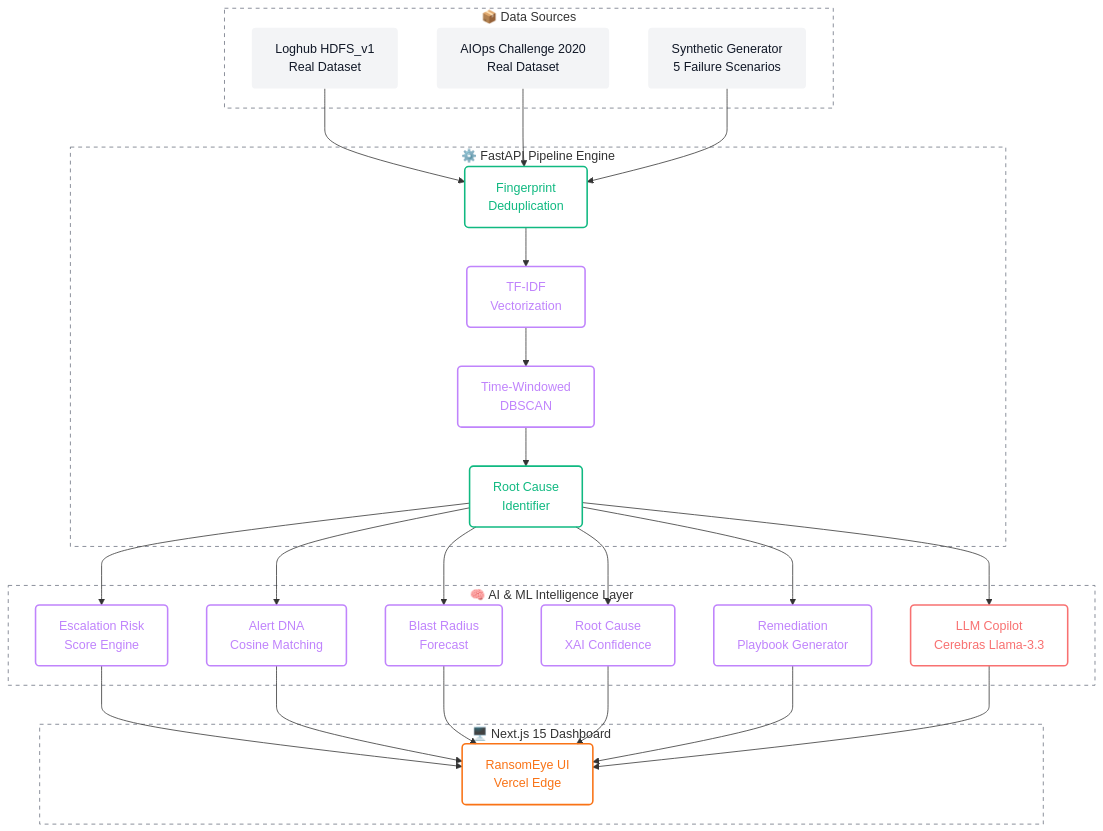
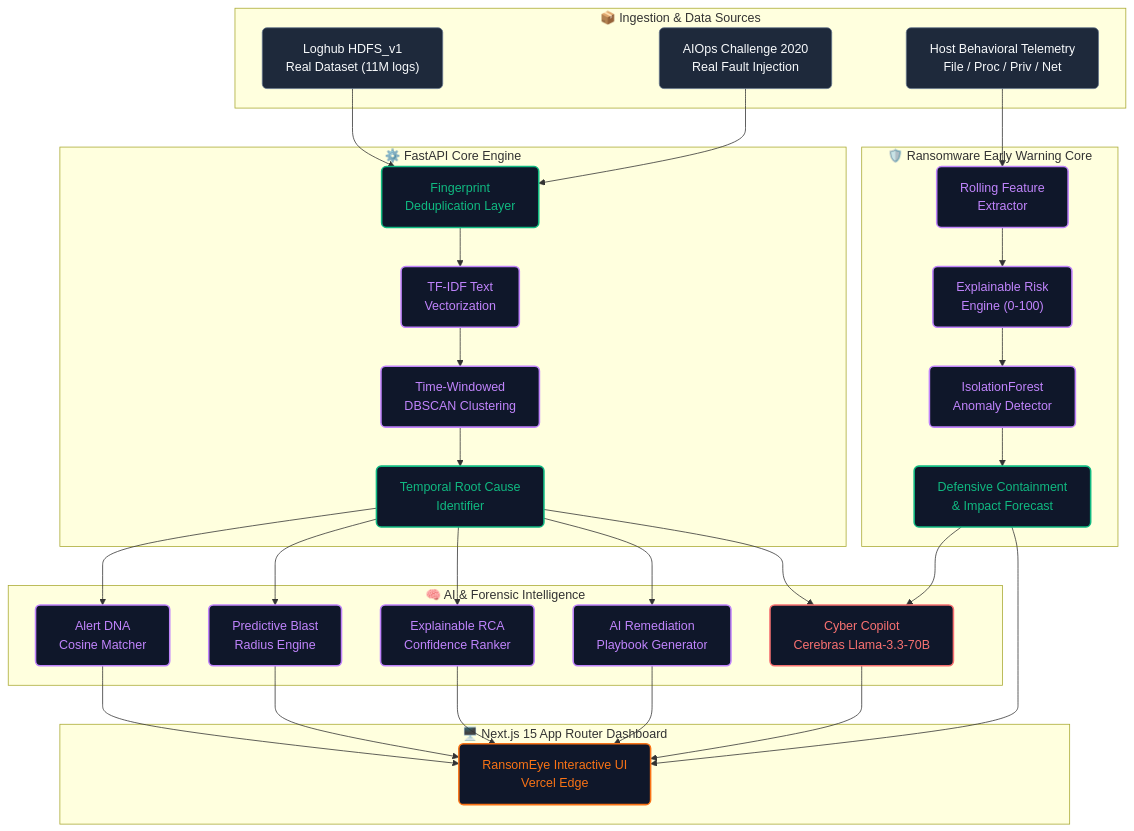
One commit to Aditya-Khetawat/RANSOMEYE-CYBERSECURITY changed the diagram in README.md. Above: the diagram before and after it, drawn with Mermaid. The commit also changed other lines of this file and 79 other files, not shown here.

Commit message:
docs & ui: enhance README with comprehensive architecture & set Ransomware Early Warning as homepage

````diff
--- a/README.md
+++ b/README.md
@@ -170,61 +195,67 @@
 ```mermaid
 graph TD
-    classDef frontend fill:none,stroke:#f97316,stroke-width:2px,color:#f97316,rx:5,ry:5
-    classDef backend fill:none,stroke:#10b981,stroke-width:2px,color:#10b981,rx:5,ry:5
-    classDef ml fill:none,stroke:#c084fc,stroke-width:2px,color:#c084fc,rx:5,ry:5
-    classDef ai fill:none,stroke:#f87171,stroke-width:2px,color:#f87171,rx:5,ry:5
-    classDef external fill:#f3f4f6,stroke:none,color:#111827,rx:5,ry:5
+    classDef frontend fill:#0f172a,stroke:#f97316,stroke-width:2px,color:#f97316,rx:6,ry:6;
+    classDef backend fill:#0f172a,stroke:#10b981,stroke-width:2px,color:#10b981,rx:6,ry:6;
+    classDef ml fill:#0f172a,stroke:#c084fc,stroke-width:2px,color:#c084fc,rx:6,ry:6;
+    classDef ai fill:#0f172a,stroke:#f87171,stroke-width:2px,color:#f87171,rx:6,ry:6;
+    classDef external fill:#1e293b,stroke:#64748b,stroke-width:1px,color:#f8fafc,rx:6,ry:6;
 
-    subgraph Data ["📦 Data Sources"]
-        Loghub["Loghub HDFS_v1<br>Real Dataset"]:::external
-        AIOps["AIOps Challenge 2020<br>Real Dataset"]:::external
-        Gen["Synthetic Generator<br>5 Failure Scenarios"]:::external
+    subgraph DataSources ["📦 Ingestion & Data Sources"]
+        Loghub["Loghub HDFS_v1<br>Real Dataset (11M logs)"]:::external
+        AIOps["AIOps Challenge 2020<br>Real Fault Injection"]:::external
+        TelemetryGen["Host Behavioral Telemetry<br>File / Proc / Priv / Net"]:::external
     end
 
-    subgraph Backend ["⚙️ FastAPI Pipeline Engine"]
-        Dedup["Fingerprint<br>Deduplication"]:::backend
-        Embed["TF-IDF<br>Vectorization"]:::ml
-        Cluster["Time-Windowed<br>DBSCAN"]:::ml
-        RootCause["Root Cause<br>Identifier"]:::backend
+    subgraph CoreBackend ["⚙️ FastAPI Core Engine"]
+        DedupEngine["Fingerprint<br>Deduplication Layer"]:::backend
+        VectorEngine["TF-IDF Text<br>Vectorization"]:::ml
+        DbscanEngine["Time-Windowed<br>DBSCAN Clustering"]:::ml
+        RcaEngine["Temporal Root Cause<br>Identifier"]:::backend
 
-        Dedup --> Embed
-        Embed --> Cluster
-        Cluster --> RootCause
+        DedupEngine --> VectorEngine
+        VectorEngine --> DbscanEngine
+        DbscanEngine --> RcaEngine
     end
 
-    subgraph Intelligence ["🧠 AI & ML Intelligence Layer"]
-        RiskScore["Escalation Risk<br>Score Engine"]:::ml
-        DNA["Alert DNA<br>Cosine Matching"]:::ml
-        Forecast["Blast Radius<br>Forecast"]:::ml
-        RCAConfidence["Root Cause<br>XAI Confidence"]:::ml
-        Playbook["Remediation<br>Playbook Generator"]:::ml
-        Summarizer["LLM Copilot<br>Cerebras Llama-3.3"]:::ai
+    subgraph RansomwareCore ["🛡️ Ransomware Early Warning Core"]
+        FeatureExtractor["Rolling Feature<br>Extractor"]:::ml
+        RiskEngine["Explainable Risk<br>Engine (0-100)"]:::ml
+        AnomalyDetector["IsolationForest<br>Anomaly Detector"]:::ml
+        ContainmentEngine["Defensive Containment<br>& Impact Forecast"]:::backend
+
+        FeatureExtractor --> RiskEngine
+        RiskEngine --> AnomalyDetector
+        AnomalyDetector --> ContainmentEngine
     end
 
-    subgraph Frontend ["🖥️ Next.js 15 Dashboard"]
-        Dashboard["RansomEye UI<br>Vercel Edge"]:::frontend
+    subgraph IntelligenceLayer ["🧠 AI & Forensic Intelligence"]
+        AlertDNA["Alert DNA<br>Cosine Matcher"]:::ml
+        BlastForecast["Predictive Blast<br>Radius Engine"]:::ml
+        XaiRca["Explainable RCA<br>Confidence Ranker"]:::ml
+        PlaybookGen["AI Remediation<br>Playbook Generator"]:::ml
+        Llamacopilot["Cyber Copilot<br>Cerebras Llama-3.3-70B"]:::ai
     end
 
-    Loghub --> Dedup
-    AIOps --> Dedup
-    Gen --> Dedup
+    subgraph FrontendApp ["🖥️ Next.js 15 App Router Dashboard"]
+        UI["RansomEye Interactive UI<br>Vercel Edge"]:::frontend
+    end
 
-    RootCause --> RiskScore
-    RootCause --> DNA
-    RootCause --> Forecast
-    RootCause --> RCAConfidence
-    RootCause --> Playbook
-    RootCause --> Summarizer
+    Loghub --> DedupEngine
+    AIOps --> DedupEngine
+    TelemetryGen --> FeatureExtractor
 
-    RiskScore --> Dashboard
-    DNA --> Dashboard
-    Forecast --> Dashboard
-    RCAConfidence --> Dashboard
-    Playbook --> Dashboard
-    Summarizer --> Dashboard
+    RcaEngine --> AlertDNA
+    RcaEngine --> BlastForecast
+    RcaEngine --> XaiRca
+    RcaEngine --> PlaybookGen
+    RcaEngine --> Llamacopilot
 
-    style Data fill:none,stroke:#6b7280,stroke-width:1px,stroke-dasharray: 5 5
-    style Backend fill:none,stroke:#6b7280,stroke-width:1px,stroke-dasharray: 5 5
-    style Intelligence fill:none,stroke:#6b7280,stroke-width:1px,stroke-dasharray: 5 5
-    style Frontend fill:none,stroke:#6b7280,stroke-width:1px,stroke-dasharray: 5 5
+    ContainmentEngine --> Llamacopilot
+
+    AlertDNA --> UI
+    BlastForecast --> UI
+    XaiRca --> UI
+    PlaybookGen --> UI
+    ContainmentEngine --> UI
+    Llamacopilot --> UI
 ```
````
